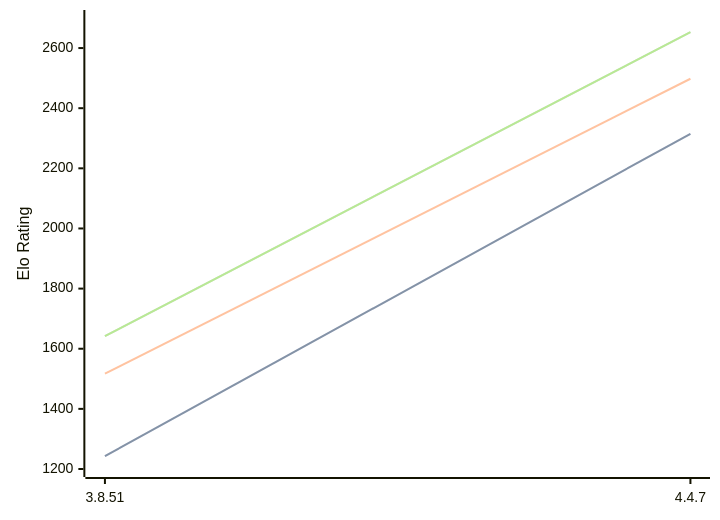
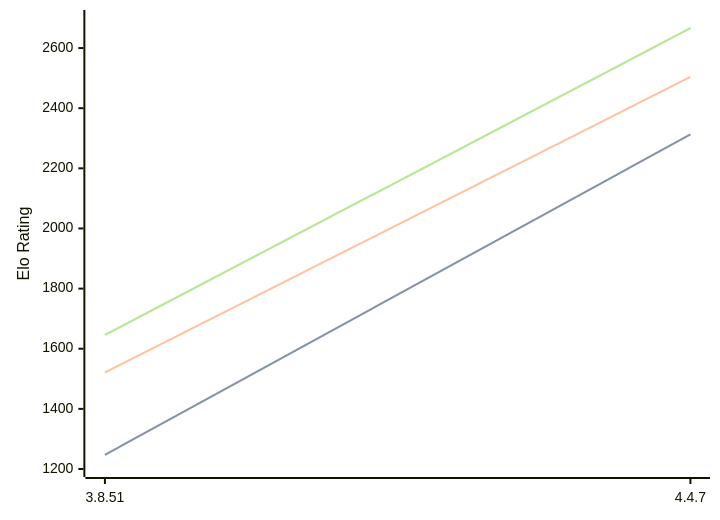
Before and after one commit to computer-chess-index/cci: the diagram in engines/Scoria.md, drawn with Mermaid. The commit also changed other lines of this file, not shown here.

Commit message:
Update CCI Ratings (ELO VLTC) - 2026-08-18

````diff
--- a/engines/Scoria.md
+++ b/engines/Scoria.md
@@ -32,11 +32,11 @@
 ```mermaid
 %%{init: {"theme":"base","themeVariables":{"seriesColors:['#a3a3a3','#222221','#faa371']}}}%%
 xychart-beta
   x-axis ["3.8.51", "4.4.7"]
   y-axis "Elo Rating" 1200 --> 2700
-  line "STC (8.0+0.08s)" [1243, 2315]
-  line "STC (8.0+0.08s)" [1243, 2315]
-  line "LTC (60.0+0.60s)" [1517, 2498]
-  line "VLTC (2m24s+1.12s)" [1642, 2653]
-  line "VLTC (2m24s+1.12s)" [1642, 2653]
+  line "STC (8.0+0.08s)" [1247, 2313]
+  line "STC (8.0+0.08s)" [1247, 2313]
+  line "LTC (60.0+0.60s)" [1521, 2504]
+  line "VLTC (2m24s+1.12s)" [1646, 2666]
+  line "VLTC (2m24s+1.12s)" [1646, 2666]
 ```
````
